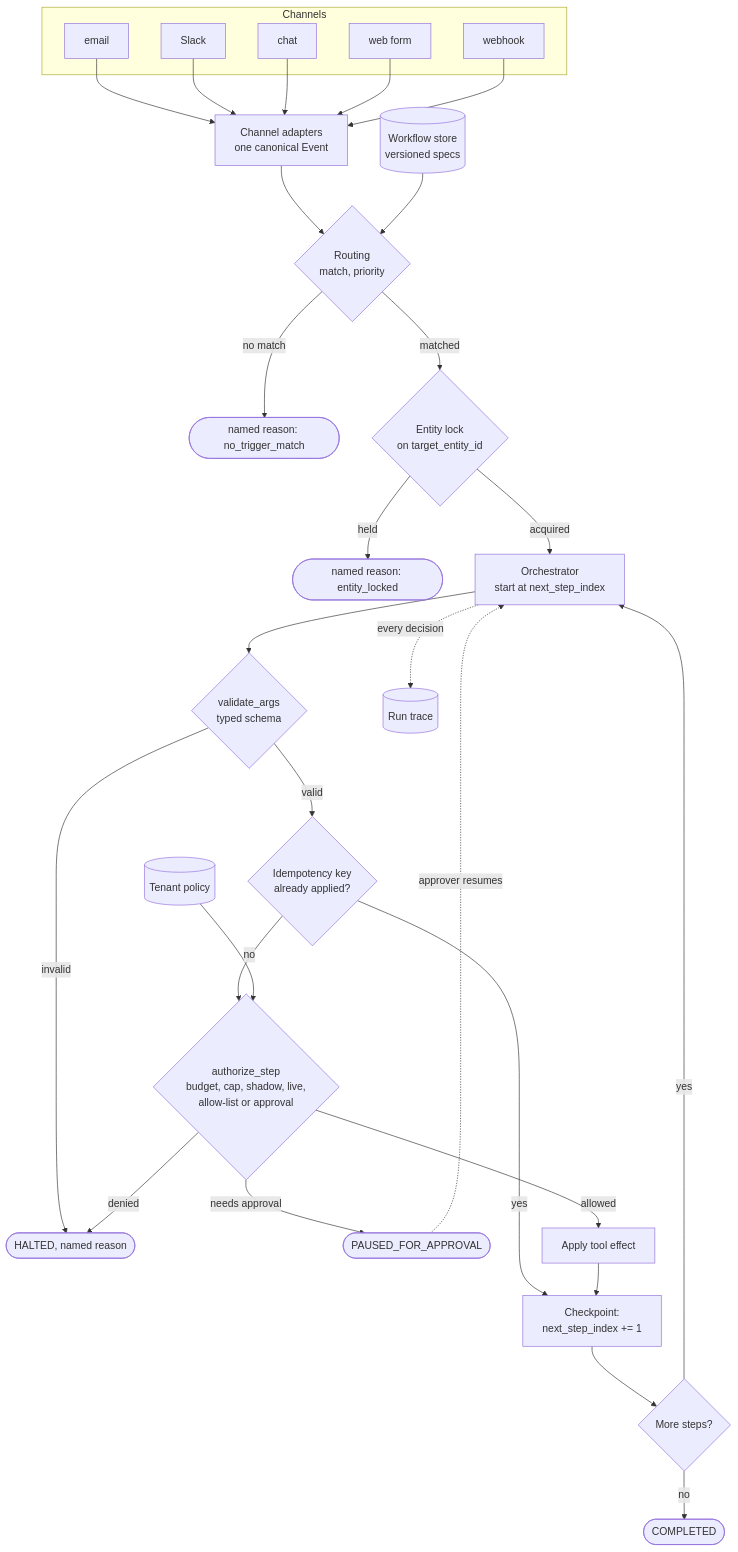
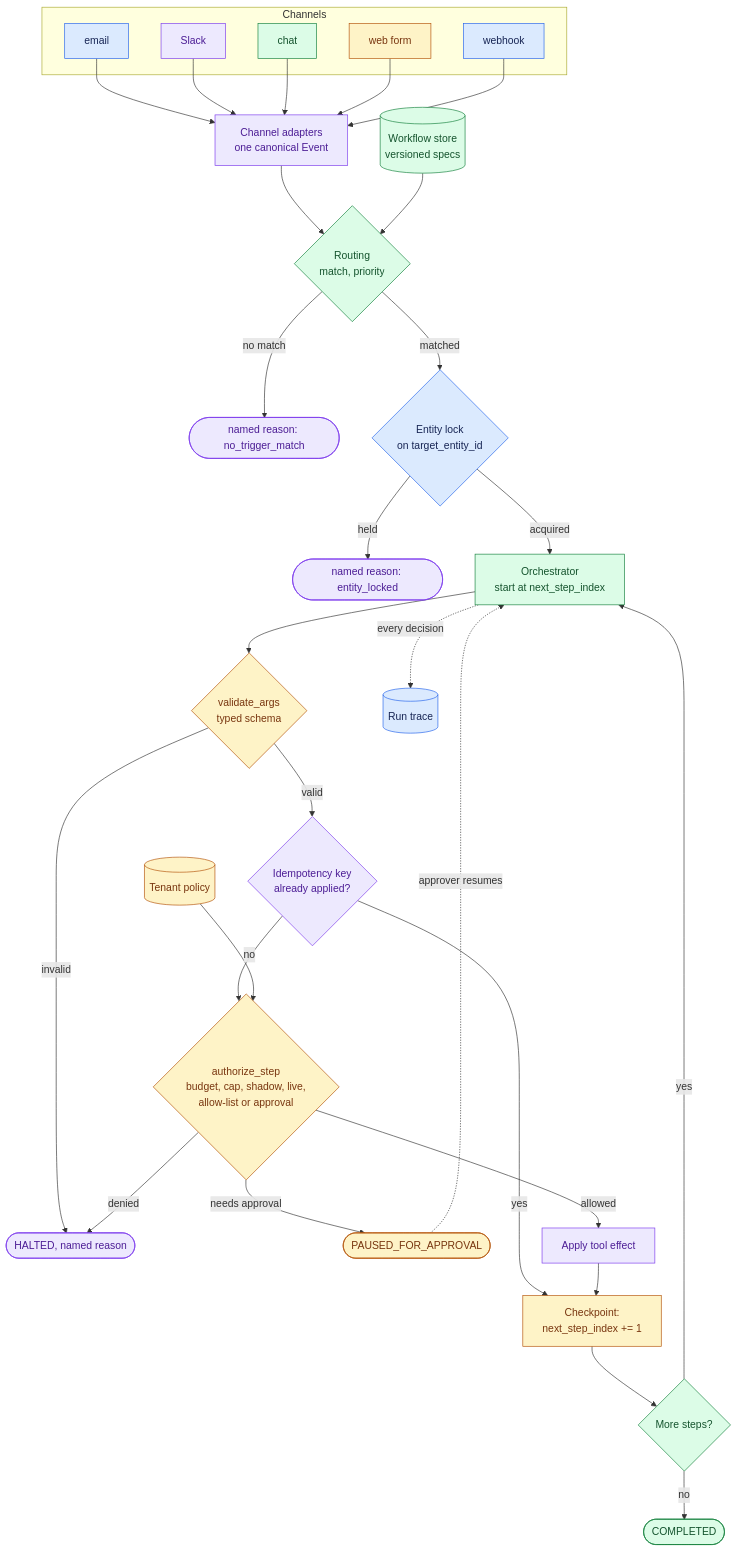
One commit to Sourav692/Forward-Deployed-Engineer-Interview-Prep changed the fourth of 4 diagrams in 02_System_Design_Case_Studies/Scenario_Packs_G01_G20/G15_Agent_Platform_For_Non_Technical_Users/4_Full_Design/G15_Full_Design.md. Above: the diagram before and after it, drawn with Mermaid. The commit also changed other lines of this file and 1268 other files, not shown here.

First line of the commit message:
content: polish Casebook writing and Mermaid diagrams (#251)

````diff
--- a/02_System_Design_Case_Studies/Scenario_Packs_G01_G20/G15_Agent_Platform_For_Non_Technical_Users/4_Full_Design/G15_Full_Design.md
+++ b/02_System_Design_Case_Studies/Scenario_Packs_G01_G20/G15_Agent_Platform_For_Non_Technical_Users/4_Full_Design/G15_Full_Design.md
@@ -177,28 +249,38 @@
 ```mermaid
 flowchart TB
     subgraph Channels
       E[email]; S[Slack]; C[chat]; F[web form]; W[webhook]
     end
     E & S & C & F & W --> A[Channel adapters<br/>one canonical Event]
     A --> R{Routing<br/>match, priority}
     R -- no match --> X([named reason: no_trigger_match])
     R -- matched --> L{Entity lock<br/>on target_entity_id}
     L -- held --> Y([named reason: entity_locked])
     L -- acquired --> O[Orchestrator<br/>start at next_step_index]
     O --> V{validate_args<br/>typed schema}
     V -- invalid --> H([HALTED, named reason])
     V -- valid --> I{Idempotency key<br/>already applied?}
     I -- yes --> CK
     I -- no --> G{authorize_step<br/>budget, cap, shadow, live,<br/>allow-list or approval}
     G -- needs approval --> P([PAUSED_FOR_APPROVAL])
     G -- denied --> H
     G -- allowed --> T[Apply tool effect]
     T --> CK[Checkpoint:<br/>next_step_index += 1]
     CK --> M{More steps?}
     M -- yes --> O
     M -- no --> D([COMPLETED])
     O -.every decision.-> TR[(Run trace)]
     WS[(Workflow store<br/>versioned specs)] --> R
     POL[(Tenant policy)] --> G
     P -. approver resumes .-> O
+
+    %% Casebook colours: entry, reasoning, results, controls, and stopped paths.
+    classDef cbInput fill:#dbeafe,stroke:#2563eb,color:#172554
+    class E,W,L,TR cbInput
+    classDef cbReason fill:#ede9fe,stroke:#7c3aed,color:#4c1d95
+    class S,A,X,Y,H,I,T cbReason
+    classDef cbAction fill:#dcfce7,stroke:#15803d,color:#14532d
+    class C,R,O,M,D,WS cbAction
+    classDef cbPolicy fill:#fef3c7,stroke:#b45309,color:#78350f
+    class F,V,CK,G,P,POL cbPolicy
 ```
````
